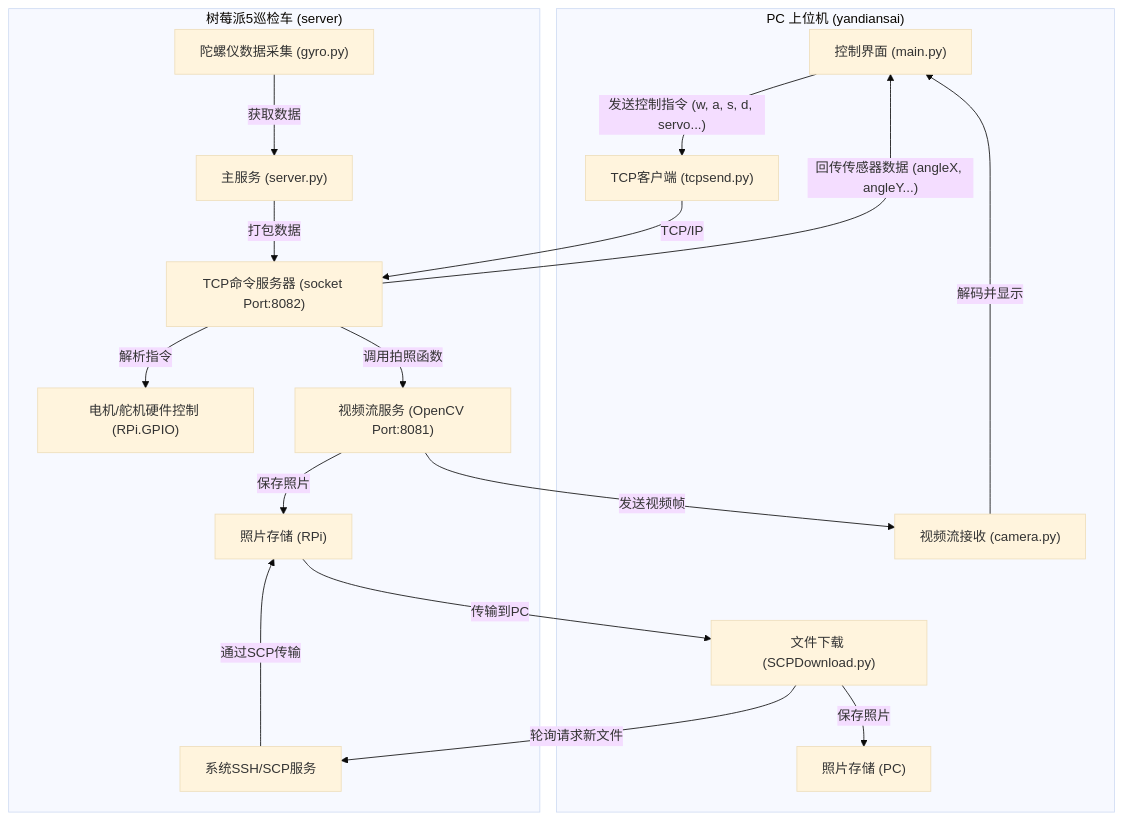
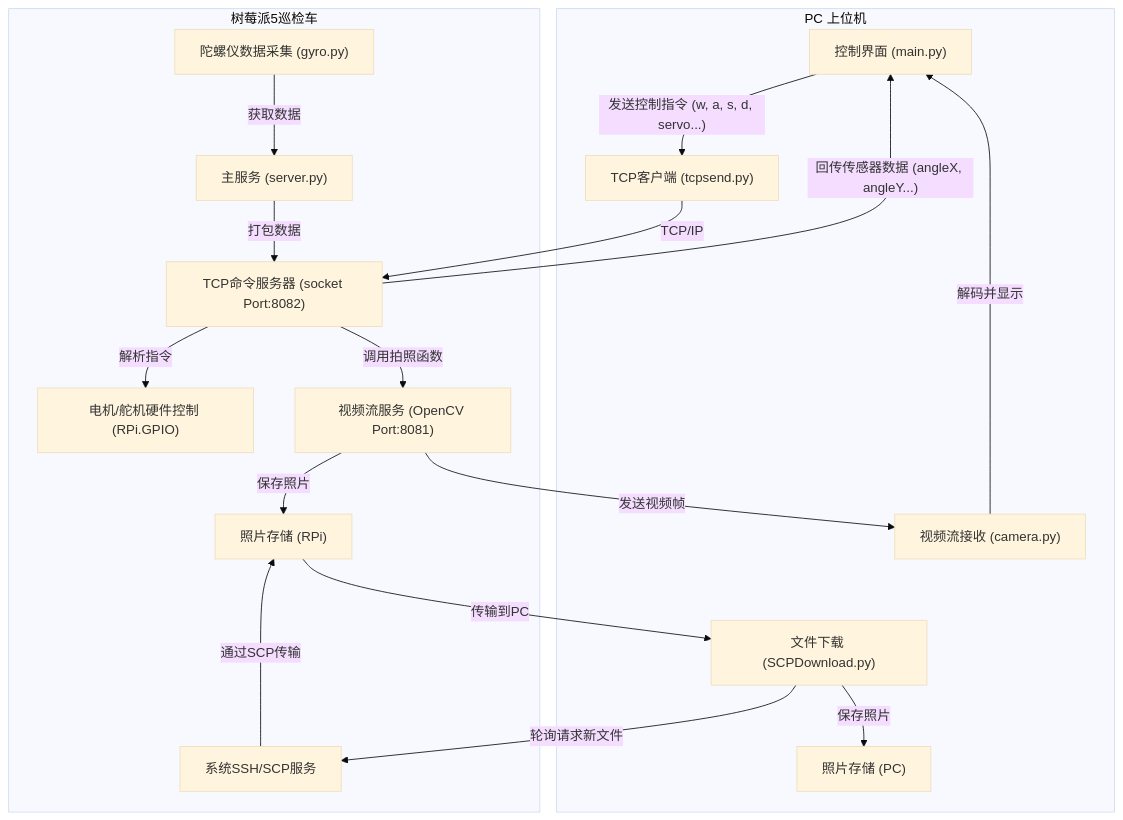
The diagram in 交接文档.md (Pedrolino-X/RPi-Monitor-Car), drawn with Mermaid (base theme) before and after one commit. The commit also changed other lines of this file and 2 other files, not shown here.

````diff
--- a/交接文档.md
+++ b/交接文档.md
@@ -23,39 +22,39 @@
 ```mermaid
 graph TD
-    subgraph "PC 上位机 (yandiansai)"
+    subgraph "PC 上位机"
         UI["控制界面 (main.py)"]
         TCP_Client["TCP客户端 (tcpsend.py)"]
         Video_Client["视频流接收 (camera.py)"]
         SCP_Client["文件下载 (SCPDownload.py)"]
         PC_Photos["照片存储 (PC)"]
     end
   
-    subgraph "树莓派5巡检车 (server)"
+    subgraph "树莓派5巡检车"
         Main_Server["主服务 (server.py)"]
         Hardware_Control["电机/舵机硬件控制 (RPi.GPIO)"]
         Video_Streamer["视频流服务 (OpenCV Port:8081)"]
         IMU_Reader["陀螺仪数据采集 (gyro.py)"]
         TCP_Server["TCP命令服务器 (socket Port:8082)"]
         SSH_Service["系统SSH/SCP服务"]
         RPi_Photos["照片存储 (RPi)"]
     end
 
     UI -- "发送控制指令 (w, a, s, d, servo...)" --> TCP_Client;
     TCP_Client -- "TCP/IP" --> TCP_Server;
     TCP_Server -- "解析指令" --> Hardware_Control;
   
     Video_Streamer -- "发送视频帧" --> Video_Client;
     Video_Client -- "解码并显示" --> UI;
   
     IMU_Reader -- "获取数据" --> Main_Server;
     Main_Server -- "打包数据" --> TCP_Server;
     TCP_Server -- "回传传感器数据 (angleX, angleY...)" --> UI;
   
     TCP_Server -- "调用拍照函数" --> Video_Streamer;
     Video_Streamer -- "保存照片" --> RPi_Photos;
   
     SCP_Client -- "轮询请求新文件" --> SSH_Service;
     SSH_Service -- "通过SCP传输" --> RPi_Photos;
     RPi_Photos -- "传输到PC" --> SCP_Client;
     SCP_Client -- "保存照片" --> PC_Photos;
 ```
````
